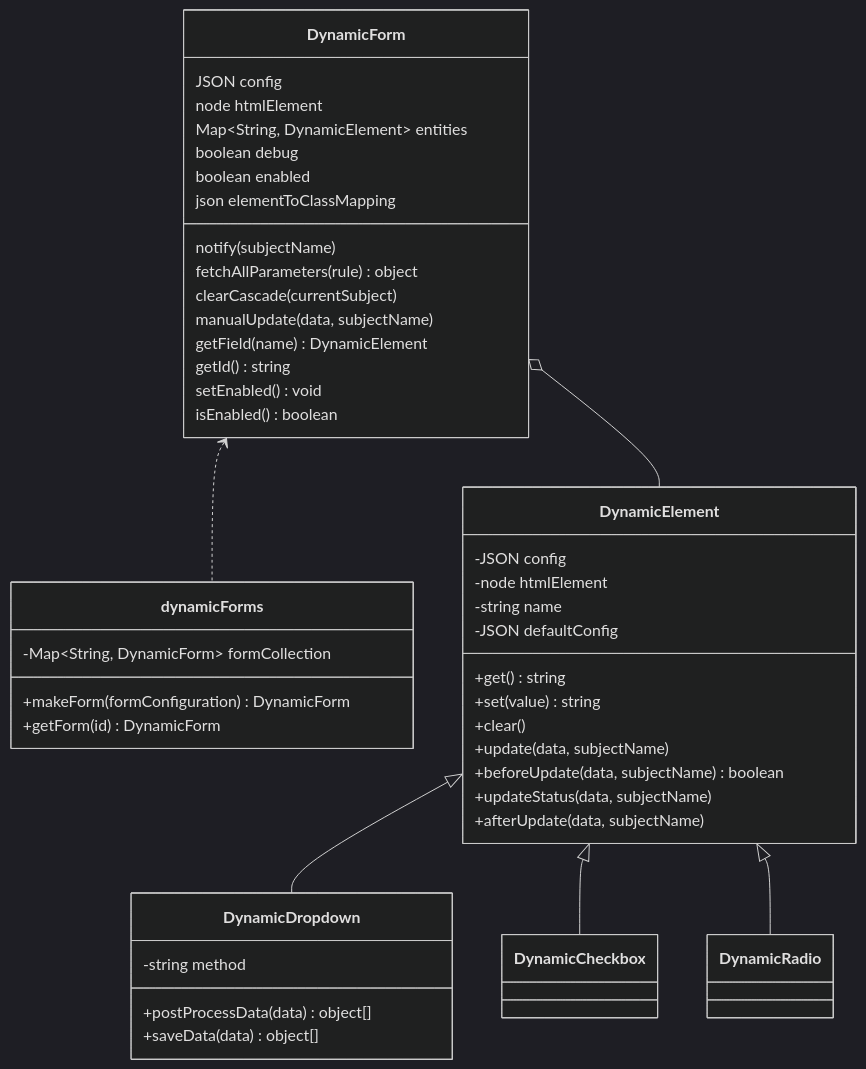
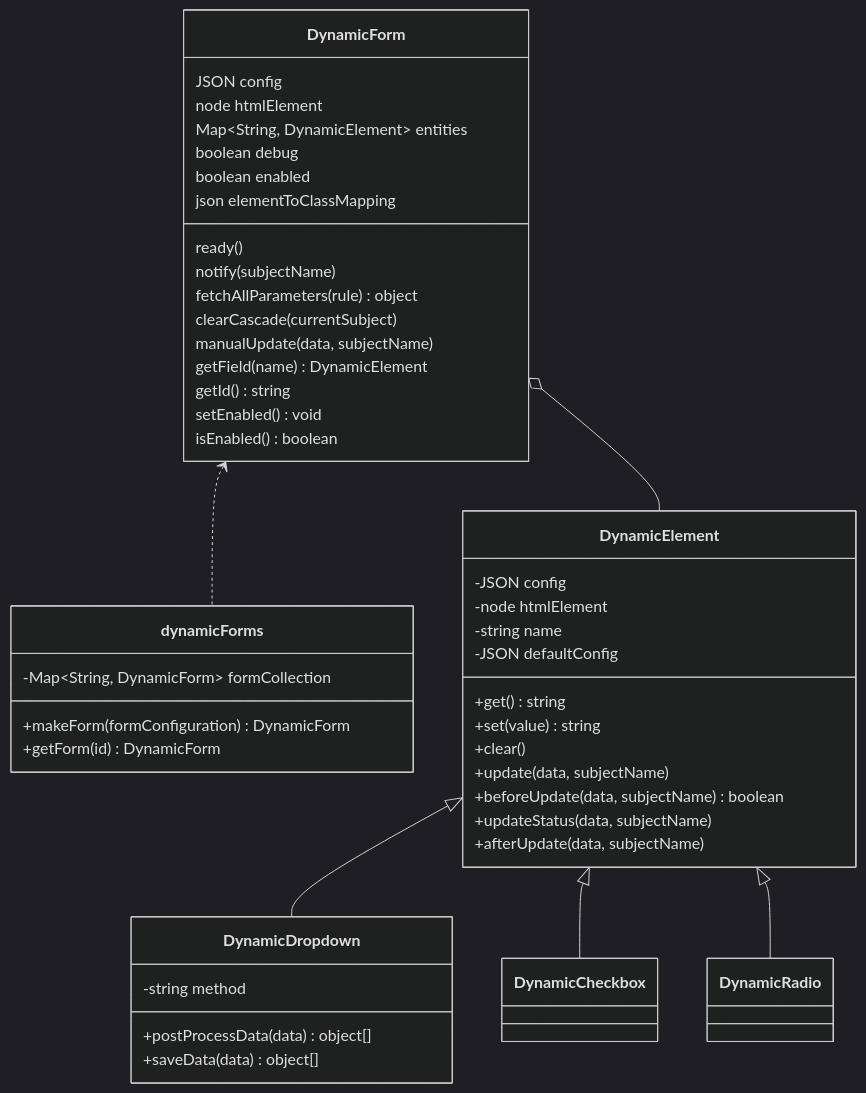
The diagram in docs/README.md (simomosi/dynamic-forms), drawn with Mermaid (dark theme) before and after one commit. The commit also changed other lines of this file and 4 other files, not shown here.

````diff
--- a/docs/README.md
+++ b/docs/README.md
@@ -123,54 +123,55 @@
 ```mermaid
 classDiagram
 
     class DynamicForm {
         JSON config
         node htmlElement
         Map~String, DynamicElement~ entities
         boolean debug
         boolean enabled
         json elementToClassMapping
 
+        ready()
         notify(subjectName)
         fetchAllParameters(rule) object
         clearCascade(currentSubject)
         manualUpdate(data, subjectName)
         getField(name) DynamicElement
         getId() string
         setEnabled() void
         isEnabled() boolean
     }
 
     class dynamicForms {
         -Map~String, DynamicForm~ formCollection
         +makeForm(formConfiguration) DynamicForm
         +getForm(id) DynamicForm
     }
 
     class DynamicElement {
         -JSON config
         -node htmlElement
         -string name
         -JSON defaultConfig
         +get() string
         +set(value) string
         +clear()
         +update(data, subjectName)
         +beforeUpdate(data, subjectName) boolean
         +updateStatus(data, subjectName)
         +afterUpdate(data, subjectName)
     }
 
     class DynamicDropdown {
         -string method
         +postProcessData(data) object[]
         +saveData(data) object[]
     }
 
     DynamicForm <.. dynamicForms
     DynamicForm o-- DynamicElement
     DynamicElement <|-- DynamicDropdown
     DynamicElement <|-- DynamicCheckbox
     DynamicElement <|-- DynamicRadio
 
 ```
````
